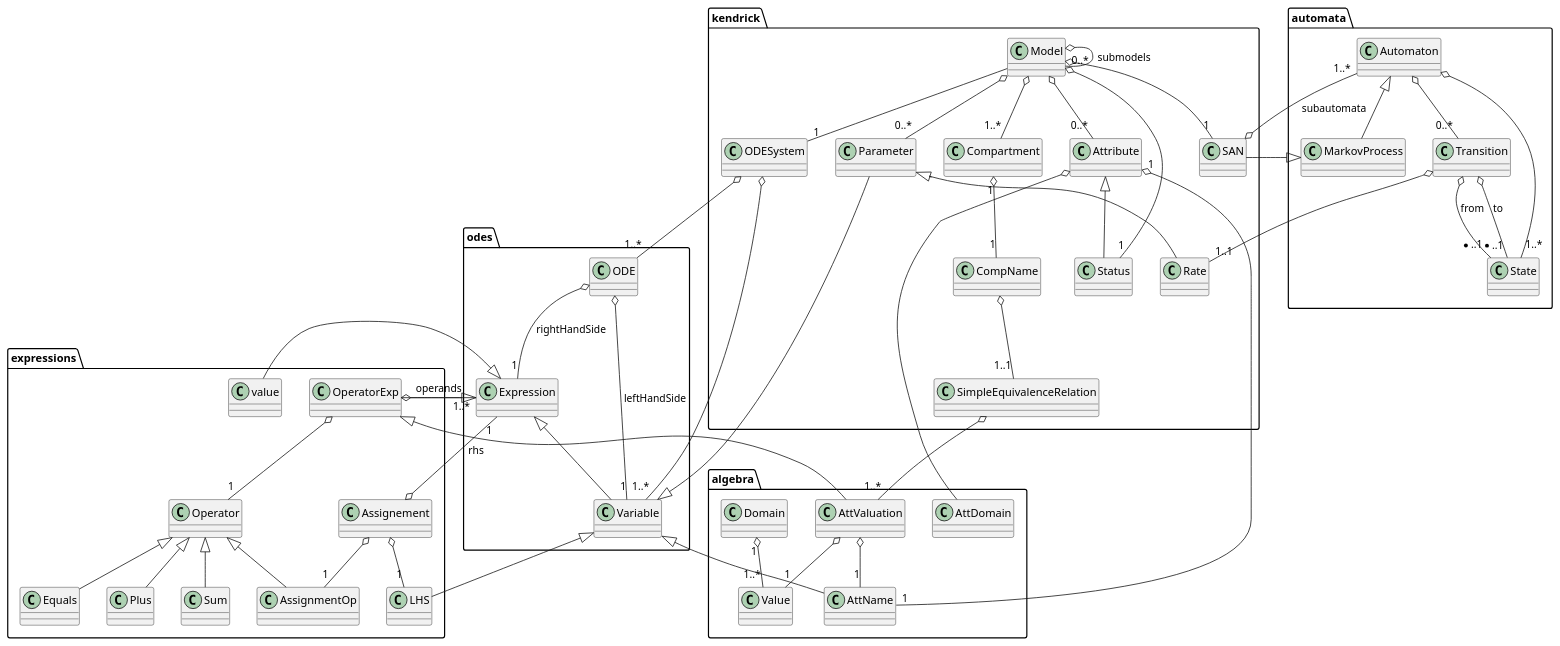
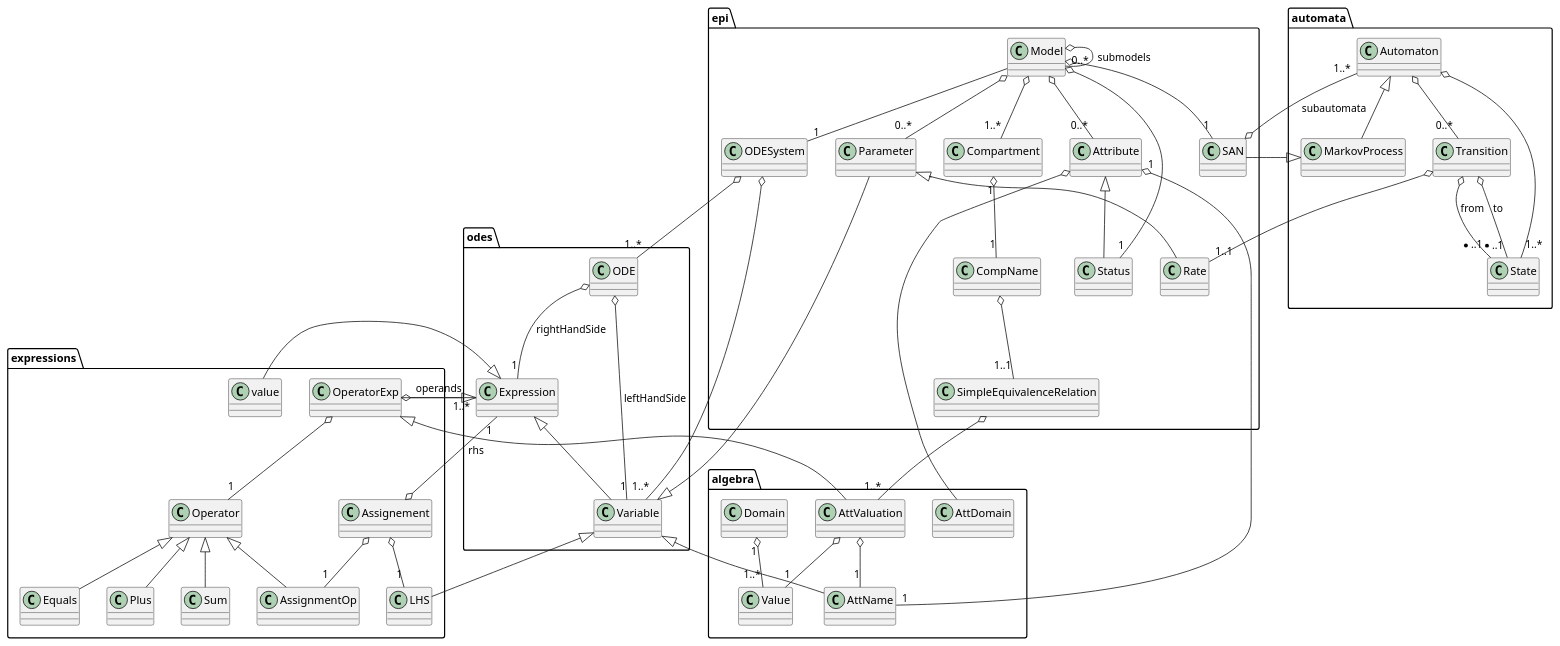
The diagram in documentation/meta-model/meta-modelv3.org (KendrickOrg/kendrick), drawn with PlantUML before and after one commit.

Commit message:
package kendrick renamed as epi in the MM

```diff
--- a/documentation/meta-model/meta-modelv3.org
+++ b/documentation/meta-model/meta-modelv3.org
@@ -49,63 +49,63 @@
 #+begin_src plantuml :file meta-modelv3.png
 @startuml
-namespace kendrick {
+namespace epi {
 Model o-- "1" SAN
 Model -- "1" ODESystem
 Model o-- "0..*" Parameter 
 Model o-- "0..*" Model : submodels
 Parameter <|-- Rate
 Model o-- "0..*" Attribute
 Model o-- "1..*" Compartment
 Model o-- "1" Status
 Compartment "1" o-- "1" CompName 
 CompName o-- "1..1" SimpleEquivalenceRelation 
 Attribute <|-- Status
 }
 
 namespace odes {
 ODESystem o-- "1..*" ODE
 ODESystem o-- "1..*" Variable
 ODE o-- "1" Variable : leftHandSide
 ODE o-- "1" Expression: rightHandSide
 }
 
 namespace automata {
 Automaton <|-- MarkovProcess
 MarkovProcess <|-- SAN
 Automaton o-- "0..*" Transition 
 Automaton o-- "1..*" State
 Transition o-- "1..1" Rate
 Transition o-- "*..1" State : from
 Transition o-- "*..1" State : to
 SAN o-- "1..*" Automaton : subautomata
 }
 
 namespace expressions {
 Expression <|-- value
 Expression <|-- Variable
 Variable  <|-- Parameter
 Expression <|-- OperatorExp 
 Variable<|-- LHS
 OperatorExp o-- "1" Operator
 OperatorExp o-- "1..*" Expression : operands
 Operator <|-- Equals
 Operator <|-- Plus
 Operator <|-- Sum
 Operator <|-- AssignmentOp
 Assignement  o-- "1" AssignmentOp
 Assignement o-- "1" LHS
 Assignement o-- "1" Expression : rhs
 }
 
 namespace algebra  {
    SimpleEquivalenceRelation o-- "1..*" AttValuation
    AttValuation o-- "1" AttName
    AttValuation o-- "1" Value
    Attribute o-- AttDomain
    Attribute "1" o-- "1" AttName
    Domain "1" o-- "1..*" Value
 OperatorExp <|-- AttValuation 
 Variable <|-- AttName
 }
 @enduml
 #+end_src
```
